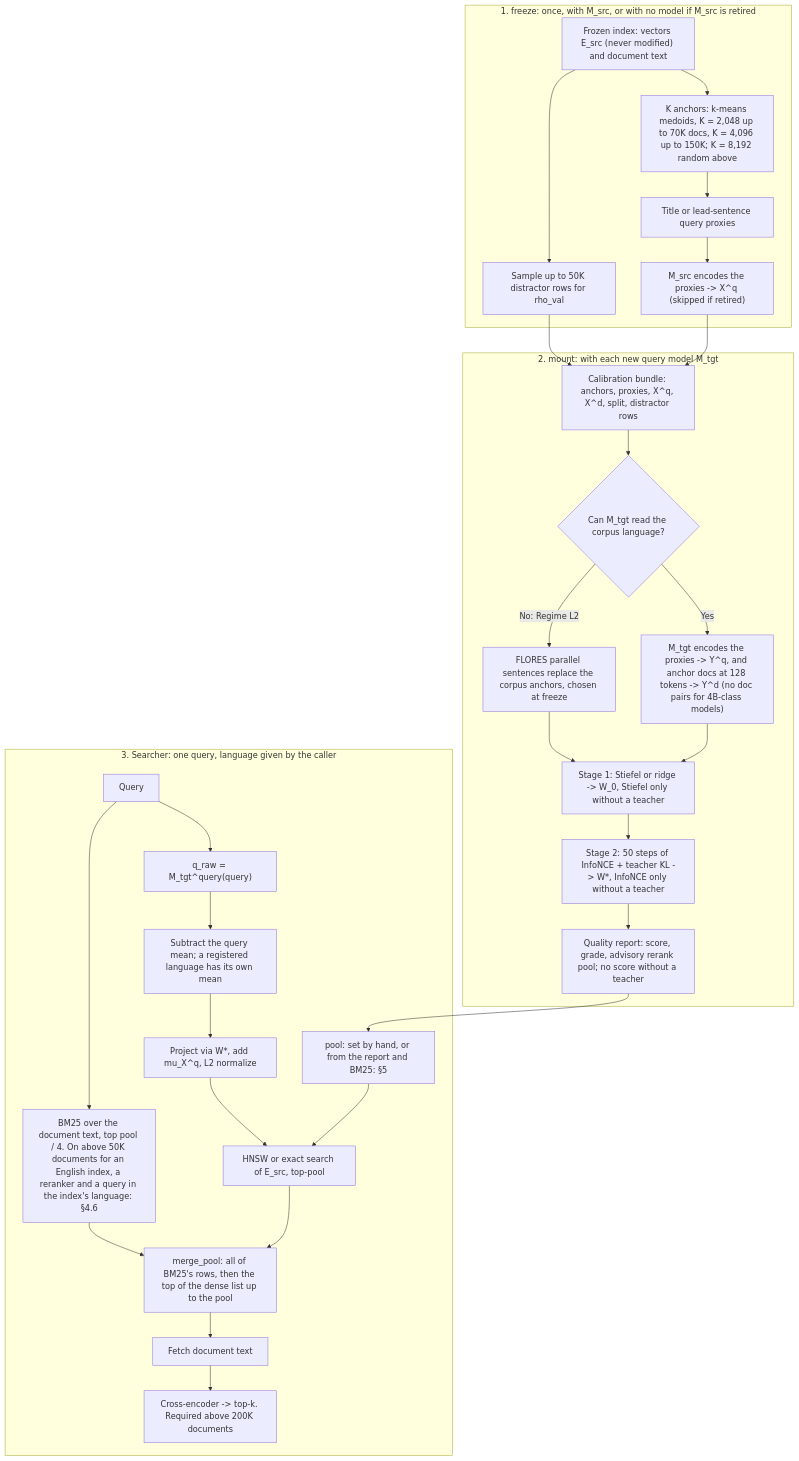
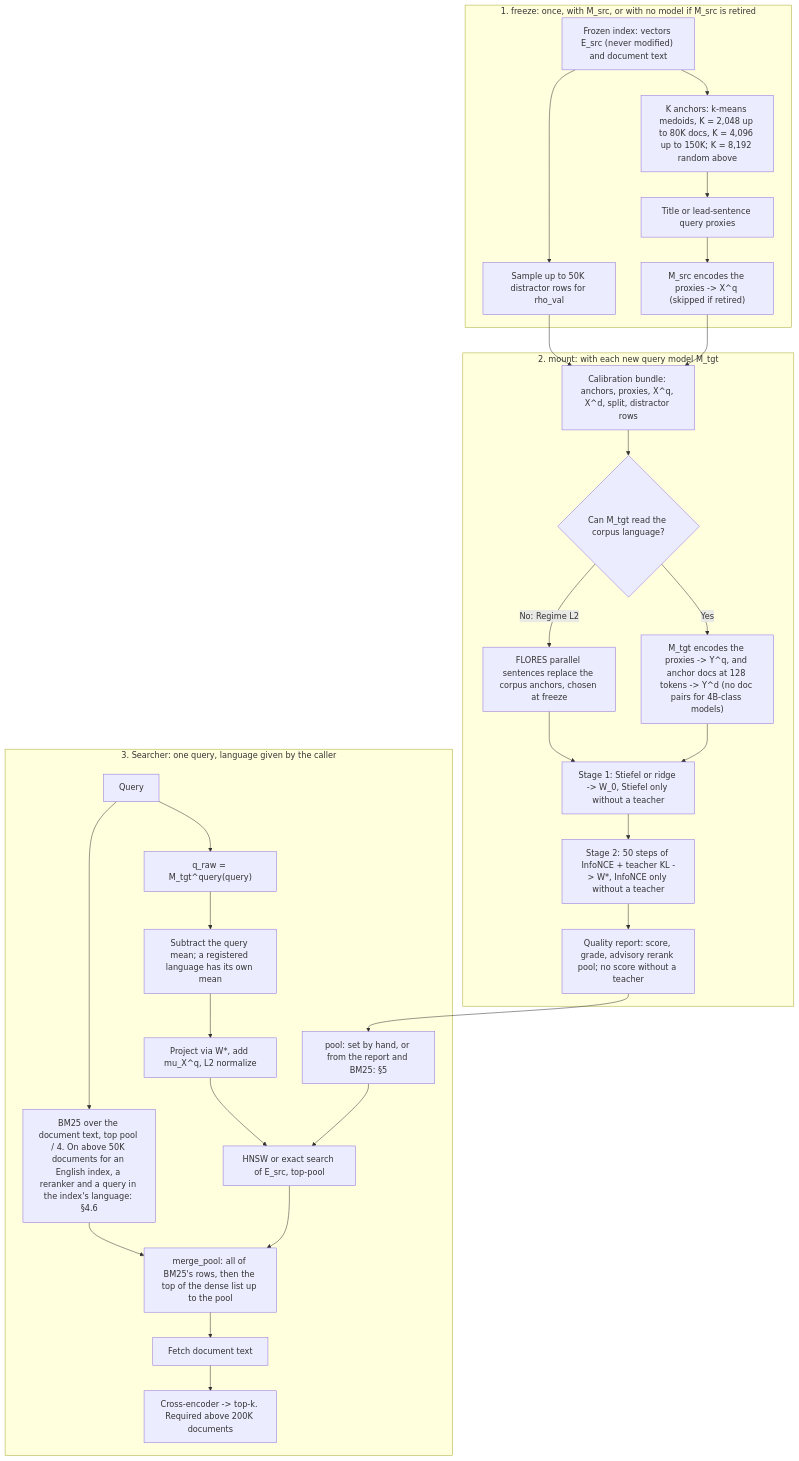
One commit to pancerZH/SpaceBridge changed the diagram in spacebridge_design_and_benchmark.md. Above: the diagram before and after it, drawn with Mermaid. The commit also changed other lines of this file and 1 other file, not shown here.

````diff
--- a/spacebridge_design_and_benchmark.md
+++ b/spacebridge_design_and_benchmark.md
@@ -160,35 +160,35 @@
 ```mermaid
 flowchart TD
     subgraph Freeze["1. freeze: once, with M_src, or with no model if M_src is retired"]
-        Docs["Frozen index: vectors E_src (never modified) and document text"] --> Anchors["K anchors: k-means medoids, K = 2,048 up to 70K docs, K = 4,096 up to 150K; K = 8,192 random above"]
+        Docs["Frozen index: vectors E_src (never modified) and document text"] --> Anchors["K anchors: k-means medoids, K = 2,048 up to 80K docs, K = 4,096 up to 150K; K = 8,192 random above"]
         Anchors --> Proxies["Title or lead-sentence query proxies"]
         Proxies --> EncSrc["M_src encodes the proxies -> X^q (skipped if retired)"]
         Docs --> Distract["Sample up to 50K distractor rows for rho_val"]
     end
 
     subgraph Mount["2. mount: with each new query model M_tgt"]
         EncSrc --> Bundle["Calibration bundle: anchors, proxies, X^q, X^d, split, distractor rows"]
         Distract --> Bundle
         Bundle --> Regime{"Can M_tgt read the corpus language?"}
         Regime -- "Yes" --> EncTgt["M_tgt encodes the proxies -> Y^q, and anchor docs at 128 tokens -> Y^d (no doc pairs for 4B-class models)"]
         Regime -- "No: Regime L2" --> StaticBank["FLORES parallel sentences replace the corpus anchors, chosen at freeze"]
         StaticBank --> Stage1
         EncTgt --> Stage1["Stage 1: Stiefel or ridge -> W_0, Stiefel only without a teacher"]
         Stage1 --> Stage2["Stage 2: 50 steps of InfoNCE + teacher KL -> W*, InfoNCE only without a teacher"]
         Stage2 --> Report["Quality report: score, grade, advisory rerank pool; no score without a teacher"]
     end
 
     subgraph Online["3. Searcher: one query, language given by the caller"]
         UserQ["Query"] --> TgtOnline["q_raw = M_tgt^query(query)"]
         TgtOnline --> LangCenter["Subtract the query mean; a registered language has its own mean"]
         LangCenter --> Proj["Project via W*, add mu_X^q, L2 normalize"]
         Proj --> Search["HNSW or exact search of E_src, top-pool"]
         Report --> Pool["pool: set by hand, or from the report and BM25: §5"]
         Pool --> Search
         UserQ --> Lexical["BM25 over the document text, top pool / 4. On above 50K documents for an English index, a reranker and a query in the index's language: §4.6"]
         Search --> Merge["merge_pool: all of BM25's rows, then the top of the dense list up to the pool"]
         Lexical --> Merge
         Merge --> Fetch["Fetch document text"]
         Fetch --> Rerank["Cross-encoder -> top-k. Required above 200K documents"]
     end
 ```
````
